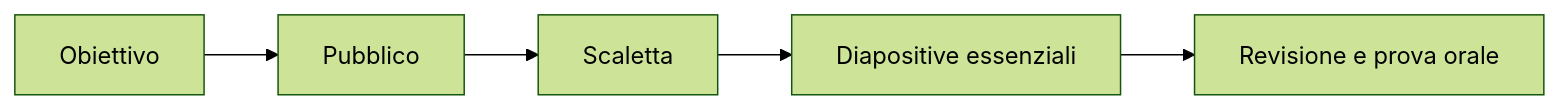
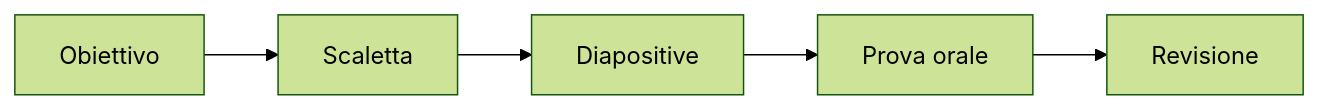
The diagram in anno1/produttivita-digitale.md (lucavandro/il-mio-libro-di-informatica), drawn with Mermaid (forest theme) before and after one commit. The commit also changed other lines of this file and 57 other files, not shown here.

````diff
--- a/anno1/produttivita-digitale.md
+++ b/anno1/produttivita-digitale.md
@@ -13,7 +29,7 @@
 ```mermaid
 flowchart LR
-    O["Obiettivo"] --> P["Pubblico"]
-    P --> S["Scaletta"]
-    S --> D["Diapositive essenziali"]
-    D --> R["Revisione e prova orale"]
+    O["Obiettivo"] --> S["Scaletta"]
+    S --> D["Diapositive"]
+    D --> P["Prova orale"]
+    P --> R["Revisione"]
 ```
````
